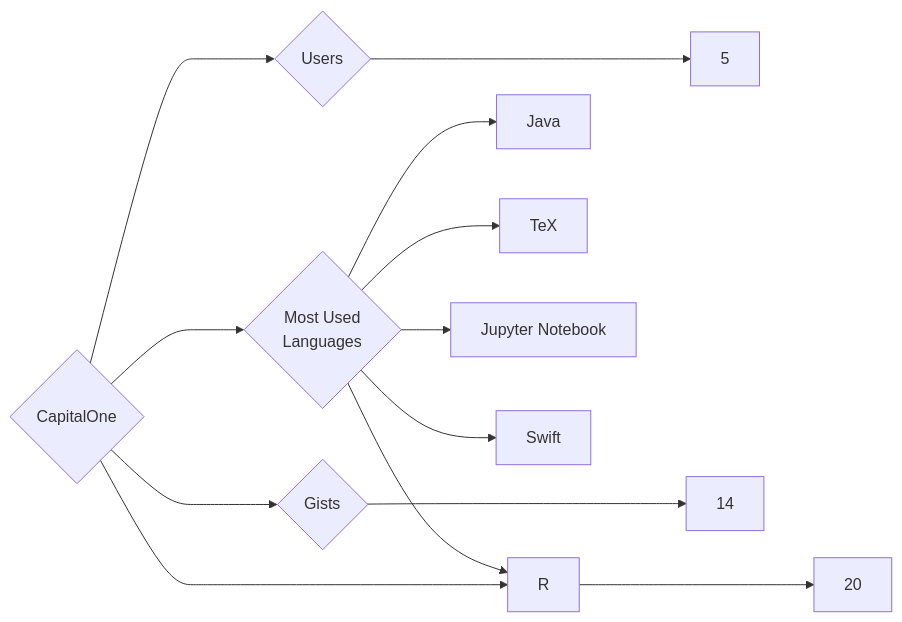
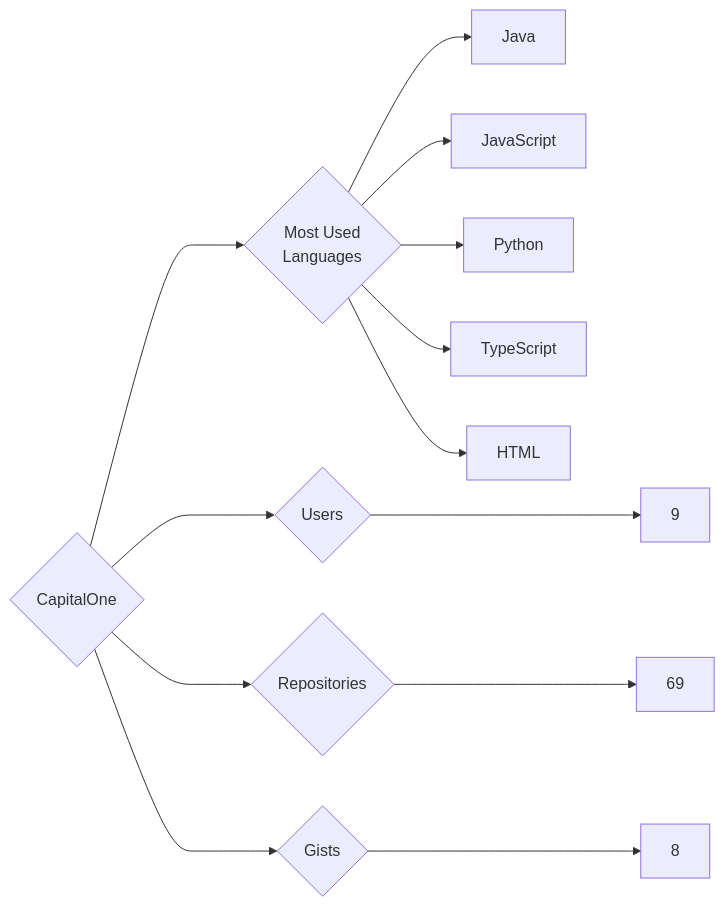
One commit to trickest/insiders changed the diagram in targets/CapitalOne/README.md. Above: the diagram before and after it, drawn with Mermaid. The commit also changed 1148 other files, not shown here.

````diff
--- a/targets/CapitalOne/README.md
+++ b/targets/CapitalOne/README.md
@@ -3,13 +3,13 @@
 ```mermaid
 graph LR
 COMPANY_NAME{CapitalOne}
-COMPANY_NAME ---> U{Users} ---> UN[5]
-COMPANY_NAME ---> R{Repositories} ---> RN[20]
-COMPANY_NAME ---> G{Gists} ---> GN[14]
+COMPANY_NAME ---> U{Users} ---> UN[9]
+COMPANY_NAME ---> R{Repositories} ---> RN[69]
+COMPANY_NAME ---> G{Gists} ---> GN[8]
 COMPANY_NAME ---> ML{Most Used<br>Languages}
 ML --> Java[Java]
-ML --> TeX[TeX]
-ML --> R[R]
-ML --> Jupyter_Notebook[Jupyter Notebook]
-ML --> Swift[Swift]
+ML --> JavaScript[JavaScript]
+ML --> Python[Python]
+ML --> TypeScript[TypeScript]
+ML --> HTML[HTML]
 ```
````
